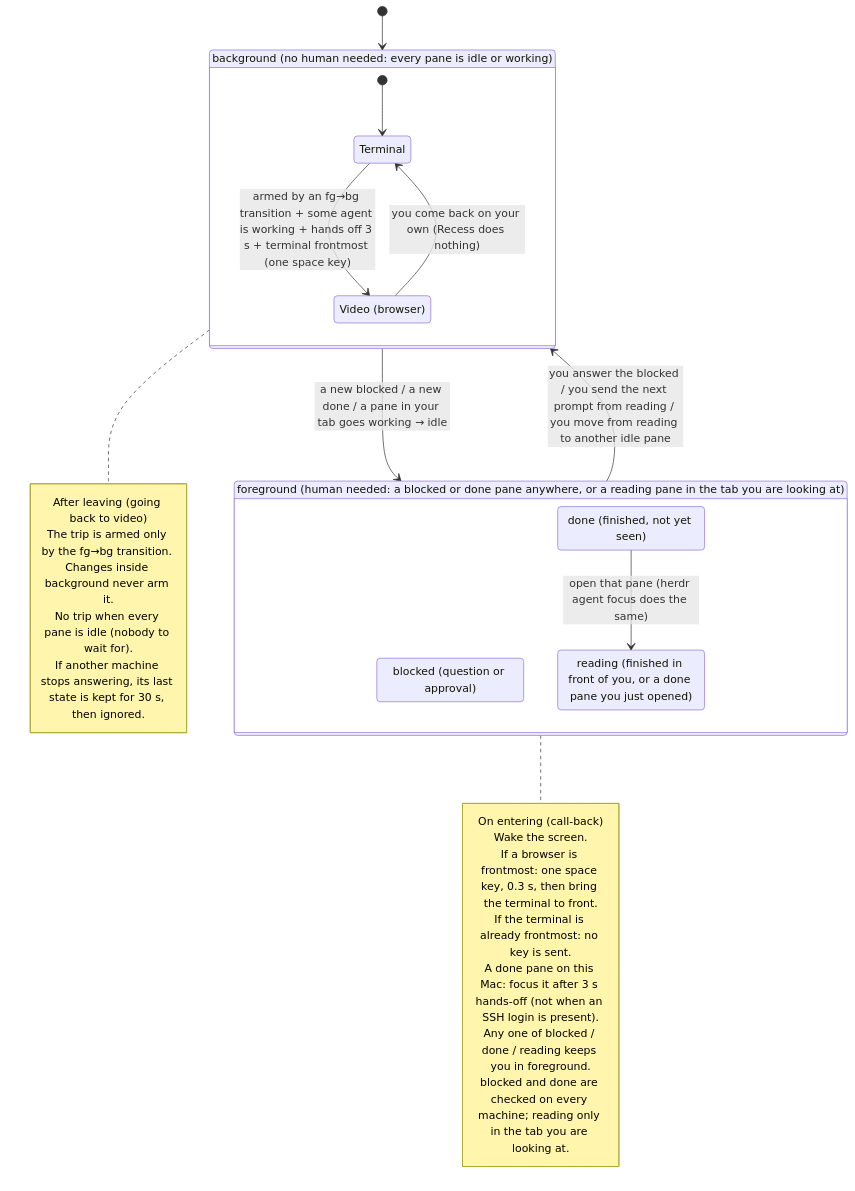
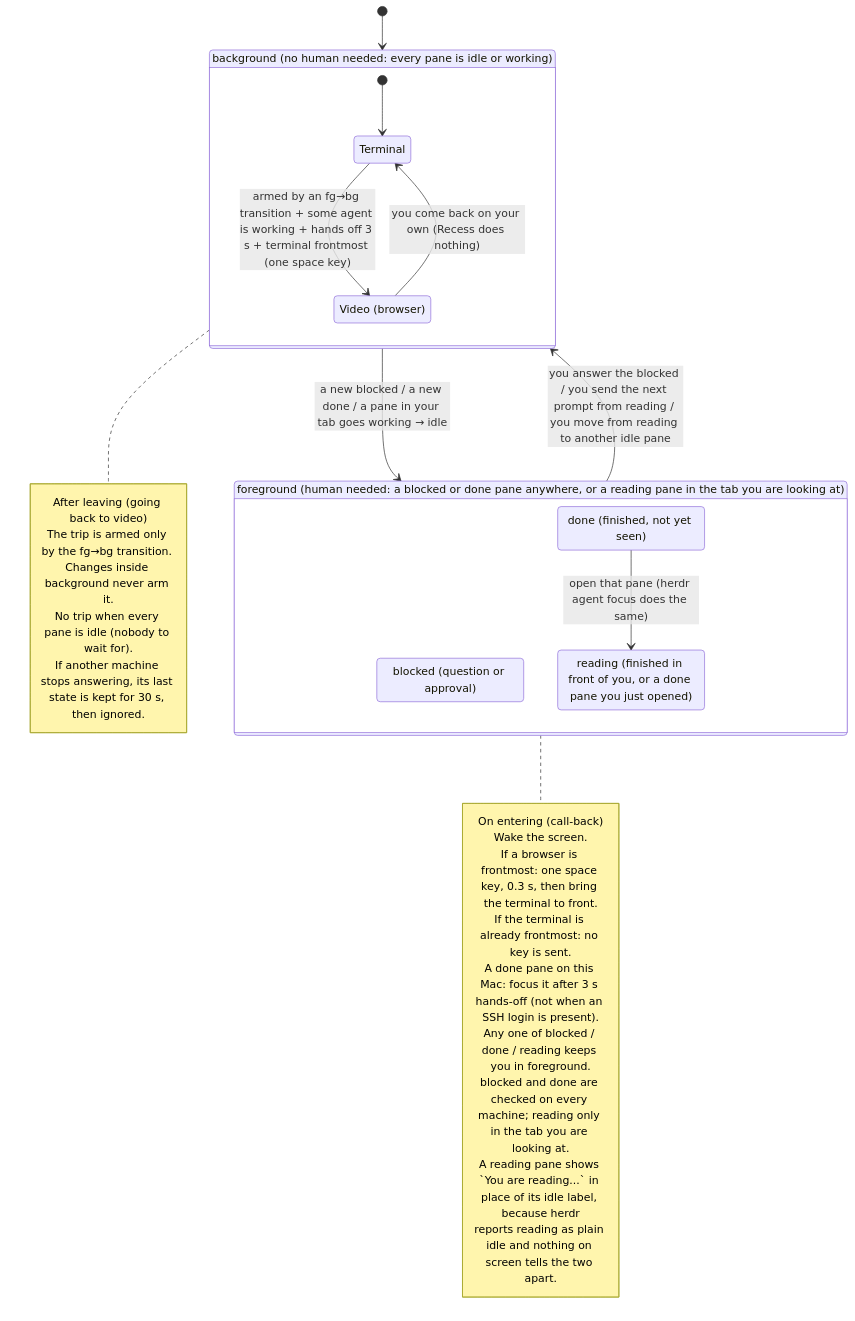
One commit to tatsuro-ueda/recess changed the first of 2 diagrams in docs/spec.md. Above: the diagram before and after it, drawn with Mermaid. The commit also changed other lines of this file and 1 other file, not shown here.

First line of the commit message:
feat: 読み中だと分かるようにしたい（reading のペインの状態表示を「You are reading...」へ差し替え）

````diff
--- a/docs/spec.md
+++ b/docs/spec.md
@@ -11,40 +11,42 @@
 ```mermaid
 stateDiagram-v2
     direction TB
 
     state "background (no human needed: every pane is idle or working)" as bg {
         state "Terminal" as term
         state "Video (browser)" as nf
         [*] --> term
         term --> nf : armed by an fg→bg transition + some agent is working + hands off 3 s + terminal frontmost (one space key)
         nf --> term : you come back on your own (Recess does nothing)
     }
 
     state "foreground (human needed: a blocked or done pane anywhere, or a reading pane in the tab you are looking at)" as fg {
         state "blocked (question or approval)" as blocked
         state "done (finished, not yet seen)" as done
         state "reading (finished in front of you, or a done pane you just opened)" as reading
         done --> reading : open that pane (herdr agent focus does the same)
     }
 
     [*] --> bg
     bg --> fg : a new blocked / a new done / a pane in your tab goes working → idle
     fg --> bg : you answer the blocked / you send the next prompt from reading / you move from reading to another idle pane
 
     note right of fg
         On entering (call-back)
         Wake the screen.
         If a browser is frontmost: one space key, 0.3 s, then bring the terminal to front.
         If the terminal is already frontmost: no key is sent.
         A done pane on this Mac: focus it after 3 s hands-off (not when an SSH login is present).
         Any one of blocked / done / reading keeps you in foreground.
         blocked and done are checked on every machine; reading only in the tab you are looking at.
+        A reading pane shows `You are reading...` in place of its idle label, because herdr
+        reports reading as plain idle and nothing on screen tells the two apart.
     end note
 
     note right of bg
         After leaving (going back to video)
         The trip is armed only by the fg→bg transition. Changes inside background never arm it.
         No trip when every pane is idle (nobody to wait for).
         If another machine stops answering, its last state is kept for 30 s, then ignored.
     end note
 ```
````
